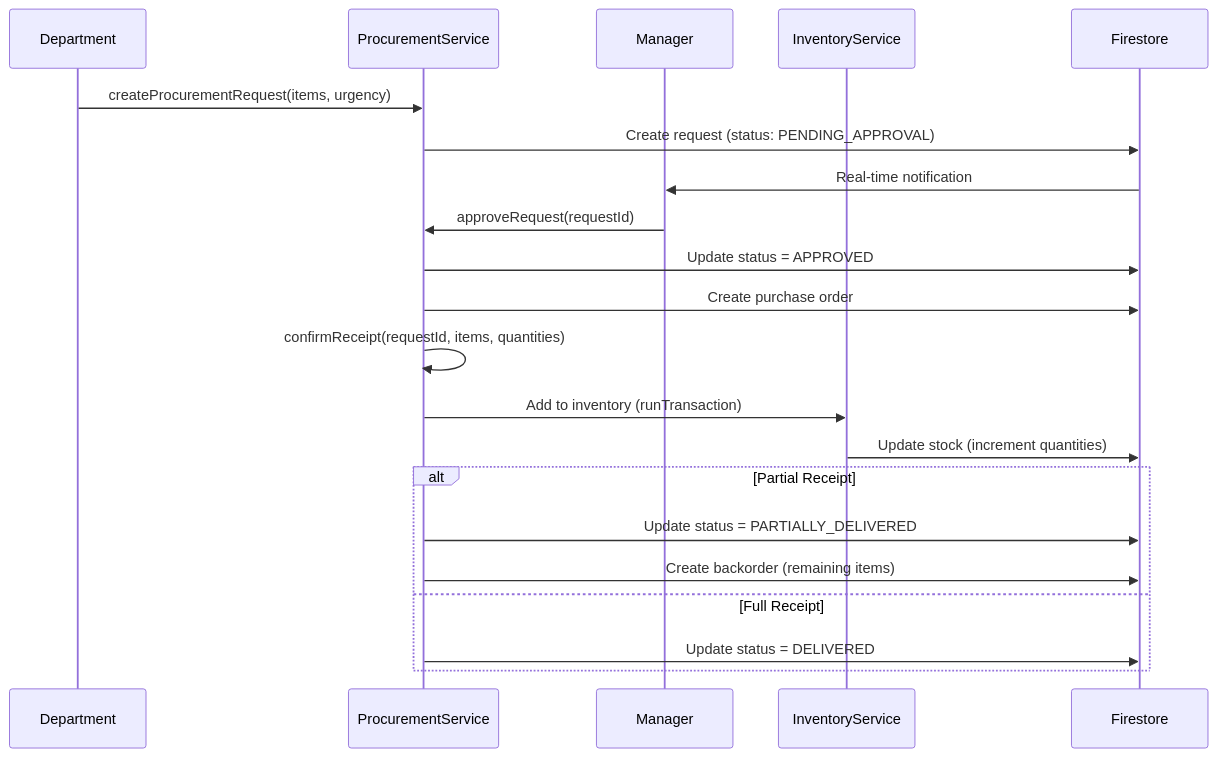
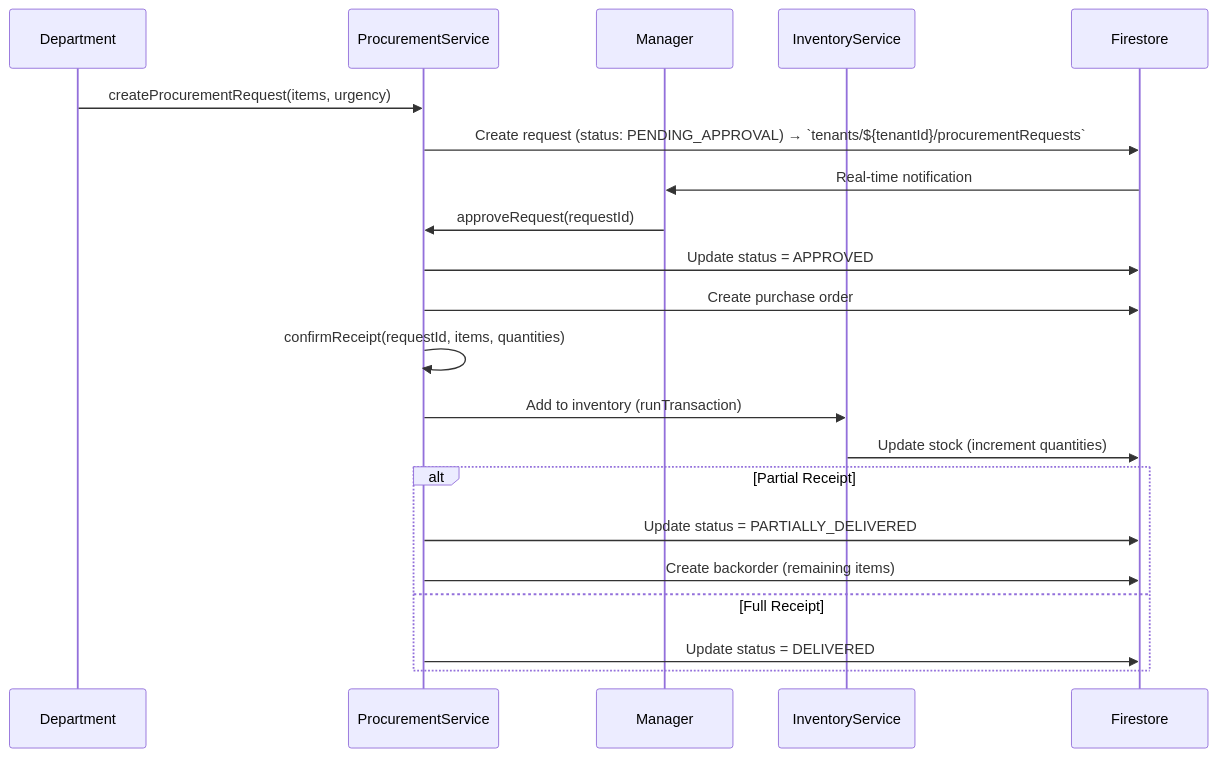
Before and after one commit to 77aayy/Adora-System2026: diagram 20 of 25 in DATA_FLOW_DOCUMENTATION.md, drawn with Mermaid. The commit also changed other lines of this file and 15 other files, not shown here.

First line of the commit message:
fix: Critical Security & Data Flow fixes - Clean Dev Comments

````diff
--- a/DATA_FLOW_DOCUMENTATION.md
+++ b/DATA_FLOW_DOCUMENTATION.md
@@ -785,27 +786,27 @@
 ```mermaid
 sequenceDiagram
     participant Department
     participant ProcurementService
     participant Manager
     participant InventoryService
     participant Firestore
 
     Department->>ProcurementService: createProcurementRequest(items, urgency)
-    ProcurementService->>Firestore: Create request (status: PENDING_APPROVAL)
+    ProcurementService->>Firestore: Create request (status: PENDING_APPROVAL) → `tenants/${tenantId}/procurementRequests`
     Firestore->>Manager: Real-time notification
     
     Manager->>ProcurementService: approveRequest(requestId)
     ProcurementService->>Firestore: Update status = APPROVED
     ProcurementService->>Firestore: Create purchase order
     
     ProcurementService->>ProcurementService: confirmReceipt(requestId, items, quantities)
     ProcurementService->>InventoryService: Add to inventory (runTransaction)
     InventoryService->>Firestore: Update stock (increment quantities)
     
     alt Partial Receipt
         ProcurementService->>Firestore: Update status = PARTIALLY_DELIVERED
         ProcurementService->>Firestore: Create backorder (remaining items)
     else Full Receipt
         ProcurementService->>Firestore: Update status = DELIVERED
     end
 ```
````
